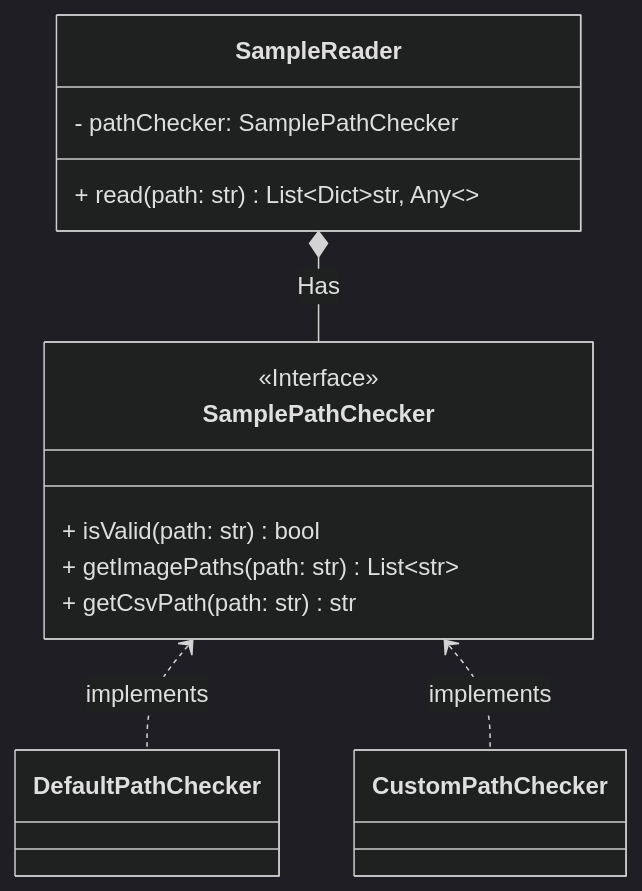
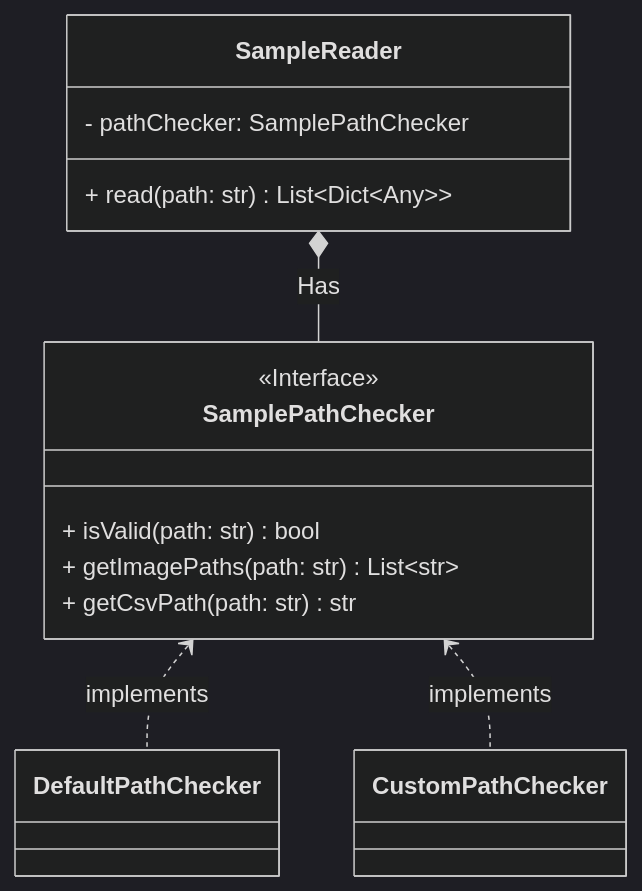
Before and after one commit to aungkhantmaw64/EnoseDataAnalysis: the second of 2 diagrams in README.md, drawn with Mermaid (dark theme). The commit also changed other lines of this file, not shown here.

Commit message:
Fix missing texts in UML diagrams

````diff
--- a/README.md
+++ b/README.md
@@ -38,18 +38,18 @@
 ```mermaid
 classDiagram
     SampleReader *-- SamplePathChecker: Has
     SamplePathChecker <.. DefaultPathChecker: implements
     SamplePathChecker <.. CustomPathChecker: implements
 
     SampleReader 
     class SampleReader{
         - pathChecker: SamplePathChecker
-        + read(path: str) List~Dict~str, Any~~
+        + read(path: str) List~Dict~Any~~
     }
     class SamplePathChecker{
         <<Interface>>
         + isValid(path: str) bool
         + getImagePaths(path: str) List~str~
         + getCsvPath(path: str) str
     }
 ```
````
